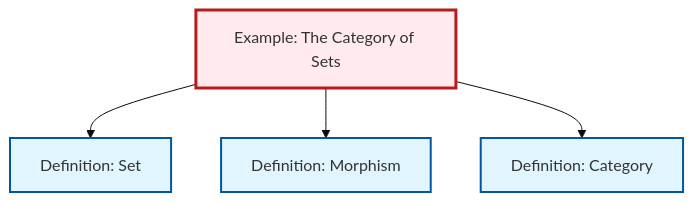
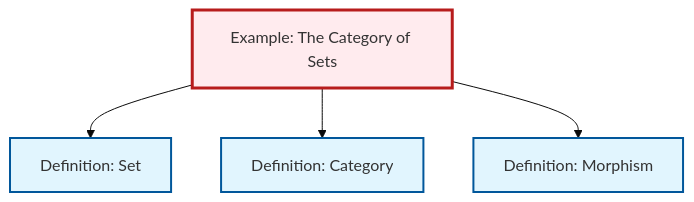
Before and after one commit to RK0429/ModernMath: the diagram in content/en/category-theory/ex-set-category.qmd, drawn with Mermaid (base theme). The commit also changed other lines of this file and 615 other files, not shown here.

````diff
--- a/content/en/category-theory/ex-set-category.qmd
+++ b/content/en/category-theory/ex-set-category.qmd
@@ -68,20 +68,20 @@
 ```{mermaid}
 %%| fig-cap: "Local dependency graph"
 graph TD
     classDef definition fill:#e1f5fe,stroke:#01579b,stroke-width:2px
     classDef theorem fill:#f3e5f5,stroke:#4a148c,stroke-width:2px
     classDef axiom fill:#fff3e0,stroke:#e65100,stroke-width:2px
     classDef example fill:#e8f5e9,stroke:#1b5e20,stroke-width:2px
     classDef current fill:#ffebee,stroke:#b71c1c,stroke-width:3px
-    def-category["Definition: Category"]:::definition
-    def-set["Definition: Set"]:::definition
     ex-set-category["Example: The Category of Sets"]:::example
     def-morphism["Definition: Morphism"]:::definition
+    def-set["Definition: Set"]:::definition
+    def-category["Definition: Category"]:::definition
     ex-set-category --> def-set
+    ex-set-category --> def-category
     ex-set-category --> def-morphism
-    ex-set-category --> def-category
     class ex-set-category current
+    click def-morphism "def-morphism.html" "Go to Morphism definition"
+    click def-set "def-set.html" "Go to Set definition"
     click def-category "def-category.html" "Go to Category definition"
-    click def-set "def-set.html" "Go to Set definition"
-    click def-morphism "def-morphism.html" "Go to Morphism definition"
 ```
````
